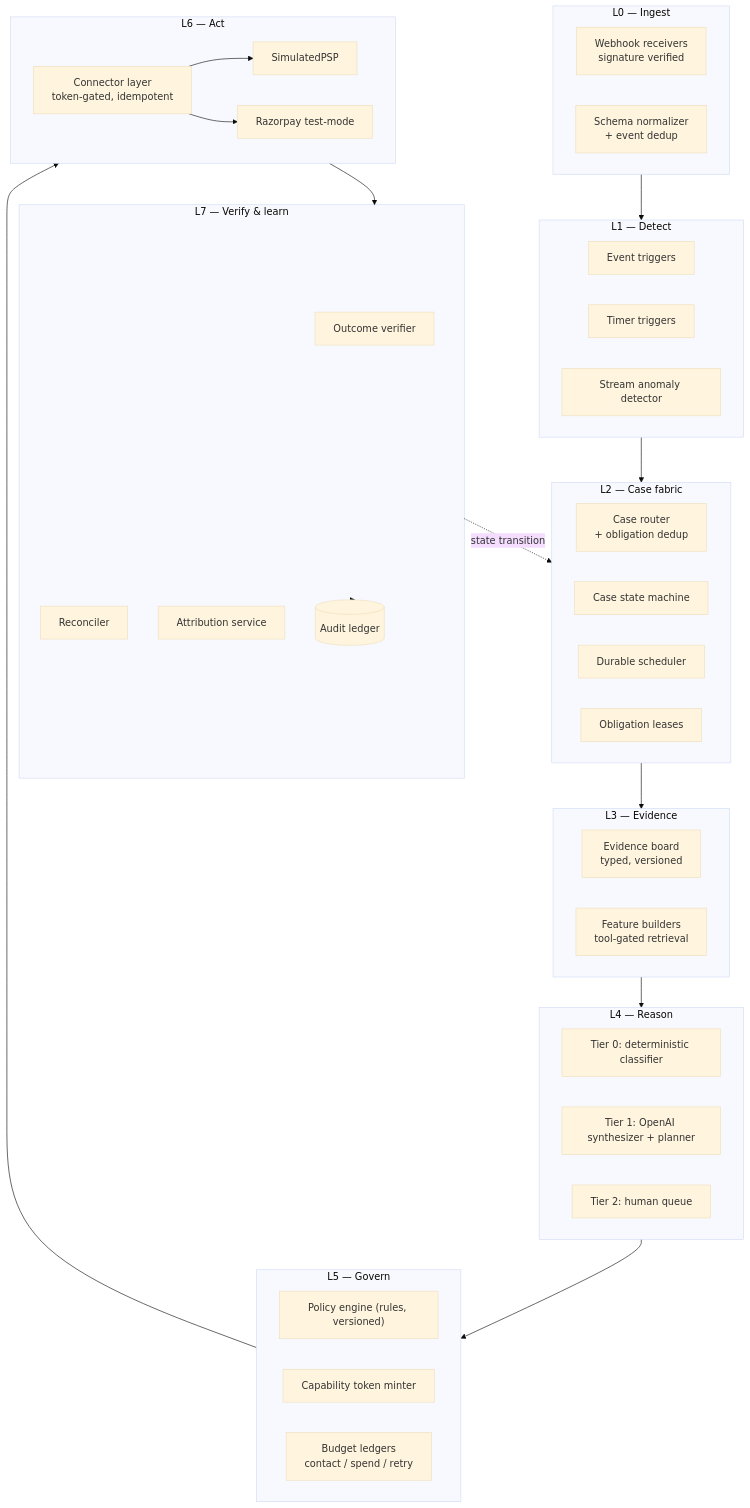
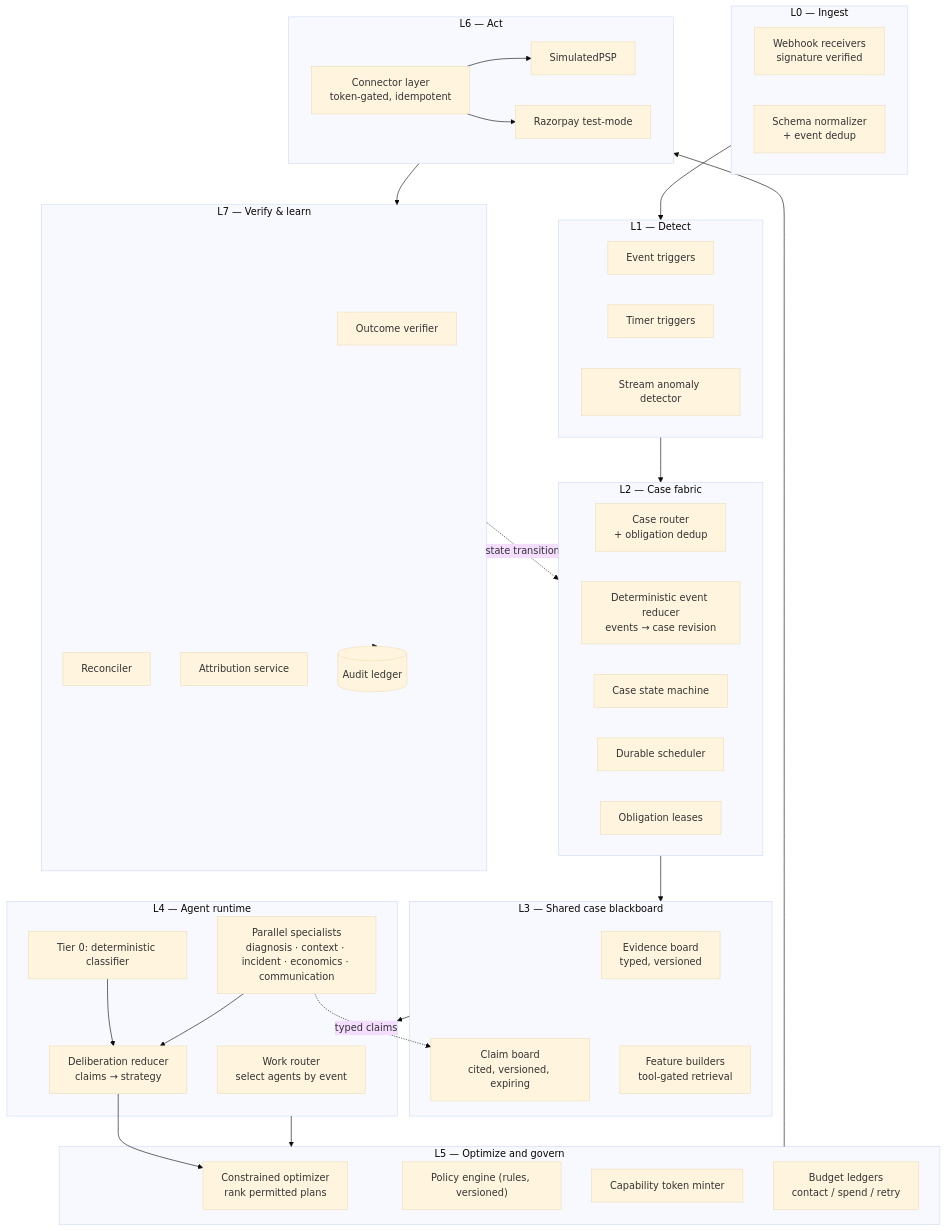
The first of 4 diagrams in outputs/revenue-recovery-architecture-v2.md (siddharthg2309/razorpay-buildathon), drawn with Mermaid (base theme) before and after one commit. The commit also changed other lines of this file and 1 other file, not shown here.

Commit message:
docs: model parallel recovery agent runtime

````diff
--- a/outputs/revenue-recovery-architecture-v2.md
+++ b/outputs/revenue-recovery-architecture-v2.md
@@ -40,56 +41,63 @@
 ```mermaid
 flowchart TB
     subgraph L0["L0 — Ingest"]
         W["Webhook receivers<br/>signature verified"]
         N["Schema normalizer<br/>+ event dedup"]
     end
 
     subgraph L1["L1 — Detect"]
         ET["Event triggers"]
         TT["Timer triggers"]
         AD["Stream anomaly detector"]
     end
 
     subgraph L2["L2 — Case fabric"]
         CR["Case router<br/>+ obligation dedup"]
+        ER["Deterministic event reducer<br/>events → case revision"]
         SM["Case state machine"]
         SCH["Durable scheduler"]
         LK["Obligation leases"]
     end
 
-    subgraph L3["L3 — Evidence"]
+    subgraph L3["L3 — Shared case blackboard"]
         EB["Evidence board<br/>typed, versioned"]
+        CB["Claim board<br/>cited, versioned, expiring"]
         FB["Feature builders<br/>tool-gated retrieval"]
     end
 
-    subgraph L4["L4 — Reason"]
+    subgraph L4["L4 — Agent runtime"]
+        WR["Work router<br/>select agents by event"]
         T0["Tier 0: deterministic classifier"]
-        T1["Tier 1: OpenAI synthesizer + planner"]
-        T2["Tier 2: human queue"]
+        SA["Parallel specialists<br/>diagnosis · context · incident · economics · communication"]
+        DR["Deliberation reducer<br/>claims → strategy"]
     end
 
-    subgraph L5["L5 — Govern"]
+    subgraph L5["L5 — Optimize and govern"]
+        CO["Constrained optimizer<br/>rank permitted plans"]
         PE["Policy engine (rules, versioned)"]
         CT["Capability token minter"]
         BL["Budget ledgers<br/>contact / spend / retry"]
     end
 
     subgraph L6["L6 — Act"]
         CX["Connector layer<br/>token-gated, idempotent"]
         SIM["SimulatedPSP"]
         RZP["Razorpay test-mode"]
     end
 
     subgraph L7["L7 — Verify & learn"]
         VF["Outcome verifier"]
         RC["Reconciler"]
         AT["Attribution service"]
         AL[("Audit ledger")]
     end
 
     L0 --> L1 --> L2 --> L3 --> L4 --> L5 --> L6 --> L7
+    SA -.->|"typed claims"| CB
+    T0 --> DR
+    SA --> DR --> CO
     L7 -.->|"state transition"| L2
     L7 --> AL
     CX --> SIM
     CX --> RZP
 ```
````
